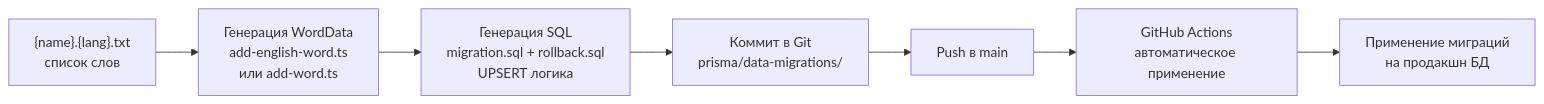
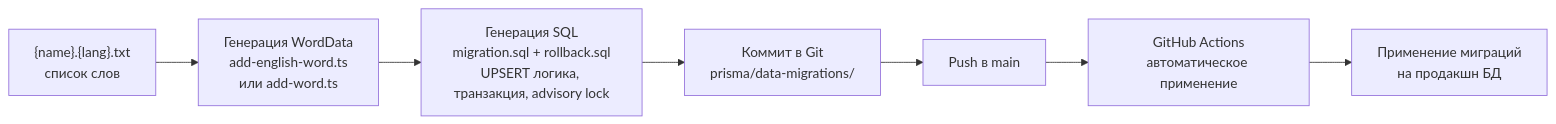
The diagram in docs/word-migration-pipeline-plan.md (iluha5/conozco), drawn with Mermaid before and after one commit. The commit also changed other lines of this file, not shown here.

Commit message:
update migration plan

````diff
--- a/docs/word-migration-pipeline-plan.md
+++ b/docs/word-migration-pipeline-plan.md
@@ -42,9 +47,9 @@
 ```mermaid
 flowchart LR
     InputFile["{name}.{lang}.txt<br/>список слов"] --> GenerateData["Генерация WordData<br/>add-english-word.ts<br/>или add-word.ts"]
-    GenerateData --> GenerateSQL["Генерация SQL<br/>migration.sql + rollback.sql<br/>UPSERT логика"]
+    GenerateData --> GenerateSQL["Генерация SQL<br/>migration.sql + rollback.sql<br/>UPSERT логика, транзакция, advisory lock"]
     GenerateSQL --> Commit["Коммит в Git<br/>prisma/data-migrations/"]
     Commit --> Push["Push в main"]
     Push --> GitHubActions["GitHub Actions<br/>автоматическое применение"]
     GitHubActions --> Apply["Применение миграций<br/>на продакшн БД"]
 ```
````
